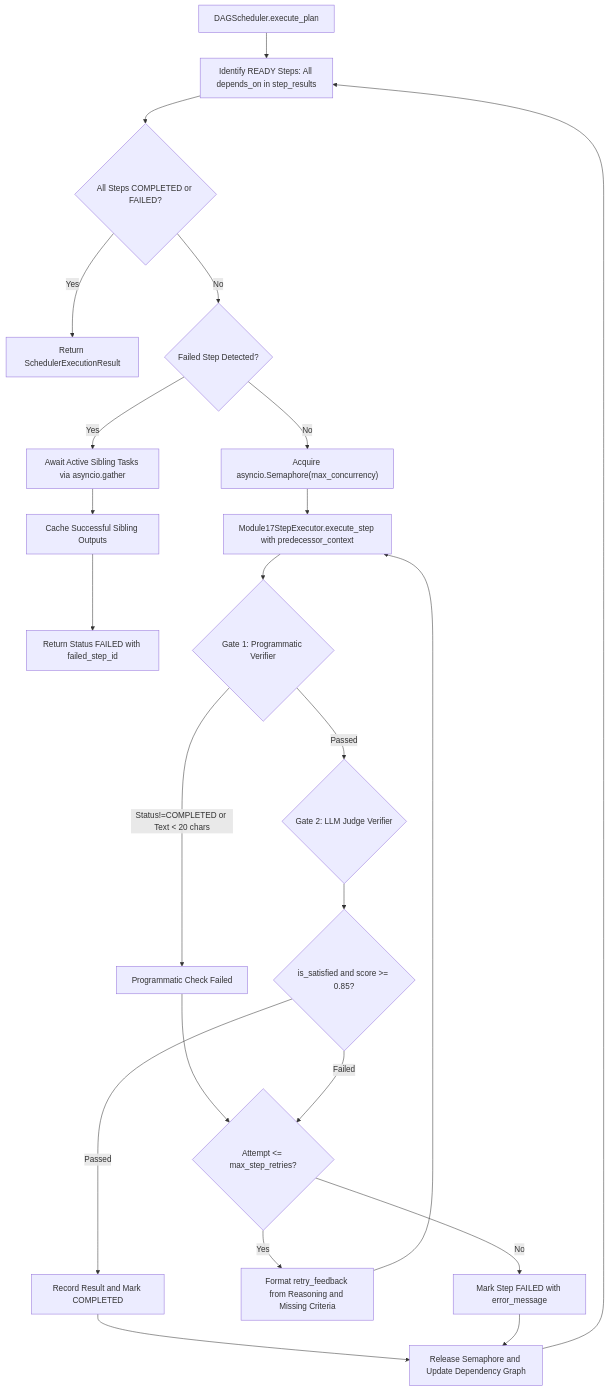
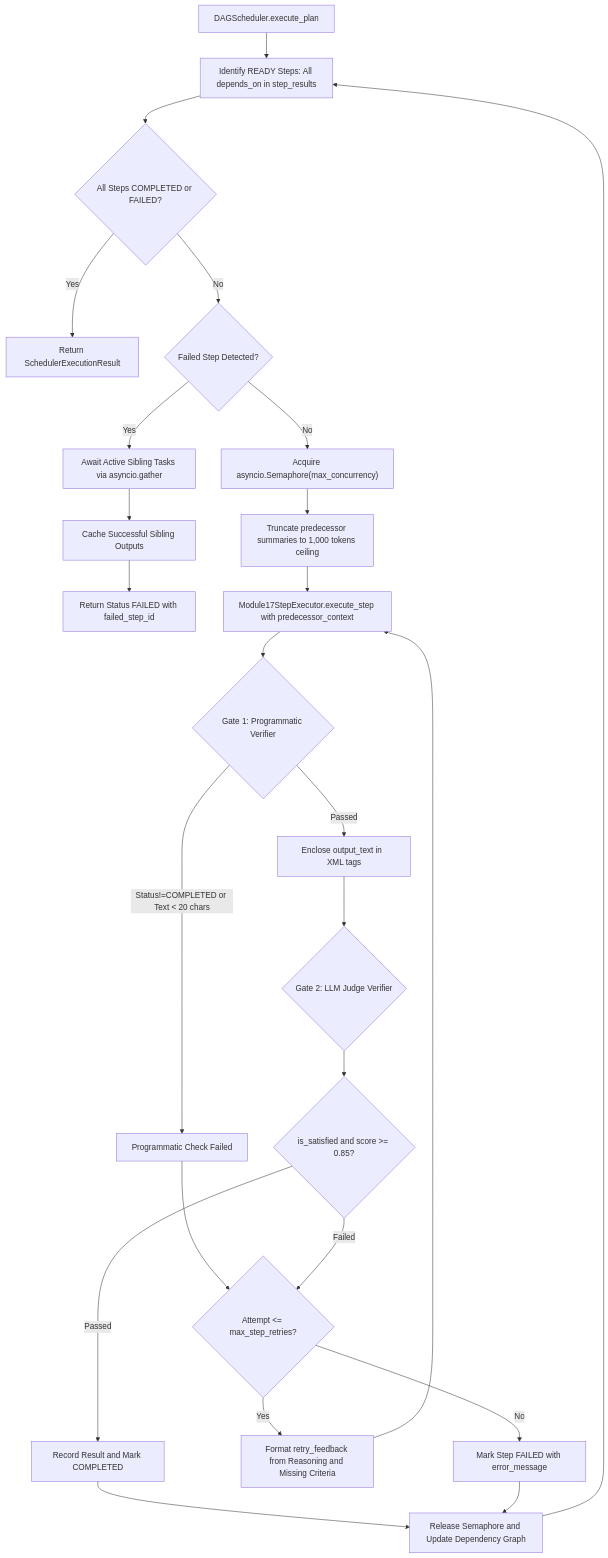
One commit to harshilkatharva/genai-engineer-journey changed the fourth of 8 diagrams in module-18-planning/docs/FLOW.md. Above: the diagram before and after it, drawn with Mermaid. The commit also changed other lines of this file and 13 other files, not shown here.

Commit message:
module-18 fix(hardening): fence judge deliverable, truncate predecessor context, support root env aliases, and enforce plan version immutability

````diff
--- a/module-18-planning/docs/FLOW.md
+++ b/module-18-planning/docs/FLOW.md
@@ -160,32 +160,34 @@
 ```mermaid
 flowchart TD
     Start["DAGScheduler.execute_plan"] --> TopoCheck["Identify READY Steps: All depends_on in step_results"]
     TopoCheck --> ActiveCheck{"All Steps COMPLETED or FAILED?"}
     ActiveCheck -- "Yes" --> FinalResult["Return SchedulerExecutionResult"]
     ActiveCheck -- "No" --> SiblingCheck{"Failed Step Detected?"}
     
     SiblingCheck -- "Yes" --> SettleWait["Await Active Sibling Tasks via asyncio.gather"]
     SettleWait --> RecordSiblings["Cache Successful Sibling Outputs"]
     RecordSiblings --> ReturnFailed["Return Status FAILED with failed_step_id"]
 
     SiblingCheck -- "No" --> ConcurrencyGate["Acquire asyncio.Semaphore(max_concurrency)"]
-    ConcurrencyGate --> RunStep["Module17StepExecutor.execute_step with predecessor_context"]
+    ConcurrencyGate --> ContextCeiling["Truncate predecessor summaries to 1,000 tokens ceiling"]
+    ContextCeiling --> RunStep["Module17StepExecutor.execute_step with predecessor_context"]
     
     RunStep --> Gate1{"Gate 1: Programmatic Verifier"}
     Gate1 -- "Status!=COMPLETED or Text < 20 chars" --> Gate1Fail["Programmatic Check Failed"]
-    Gate1 -- "Passed" --> Gate2{"Gate 2: LLM Judge Verifier"}
+    Gate1 -- "Passed" --> DelimFence["Enclose output_text in <deliverable> XML tags"]
+    DelimFence --> Gate2{"Gate 2: LLM Judge Verifier"}
     
     Gate2 --> ScoreEval{"is_satisfied and score >= 0.85?"}
     ScoreEval -- "Passed" --> StepDone["Record Result and Mark COMPLETED"]
     StepDone --> ReleaseSem["Release Semaphore and Update Dependency Graph"]
     ReleaseSem --> TopoCheck
 
     Gate1Fail --> RetryCheck{"Attempt <= max_step_retries?"}
     ScoreEval -- "Failed" --> RetryCheck
     
     RetryCheck -- "Yes" --> BuildFeedback["Format retry_feedback from Reasoning and Missing Criteria"]
     BuildFeedback --> RunStep
     
     RetryCheck -- "No" --> StepFail["Mark Step FAILED with error_message"]
     StepFail --> ReleaseSem
 ```
````
